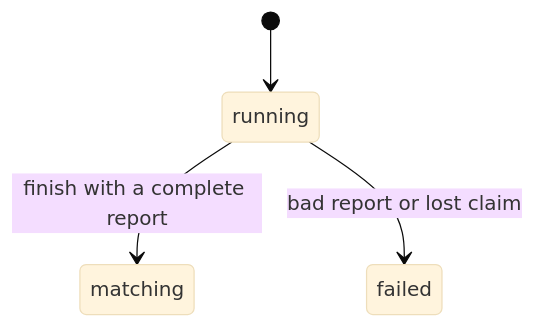
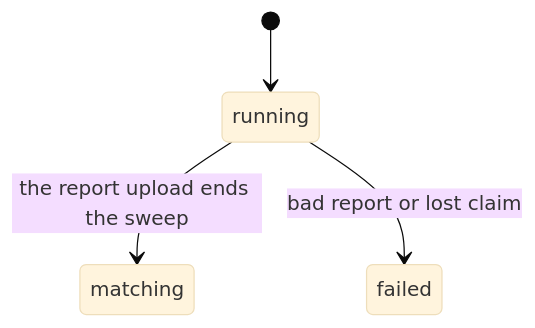
One commit to OpenDustpan/OpenDustpan changed the second of 3 diagrams in openspec/changes/add-job-session-paths-runner-sweep-claimer-wiring/design.md. Above: the diagram before and after it, drawn with Mermaid (base theme). The commit also changed other lines of this file and 3 other files, not shown here.

First line of the commit message:
spec(add-job-session-paths-runner-sweep-claimer-wiring): PUT sweep-report only, report ports in pkg/dustpan

````diff
--- a/openspec/changes/add-job-session-paths-runner-sweep-claimer-wiring/design.md
+++ b/openspec/changes/add-job-session-paths-runner-sweep-claimer-wiring/design.md
@@ -50,6 +49,6 @@
 ```mermaid
 stateDiagram-v2
  [*] --> running
- running --> matching: finish with a complete report
+ running --> matching: the report upload ends the sweep
  running --> failed: bad report or lost claim
 ```
````
